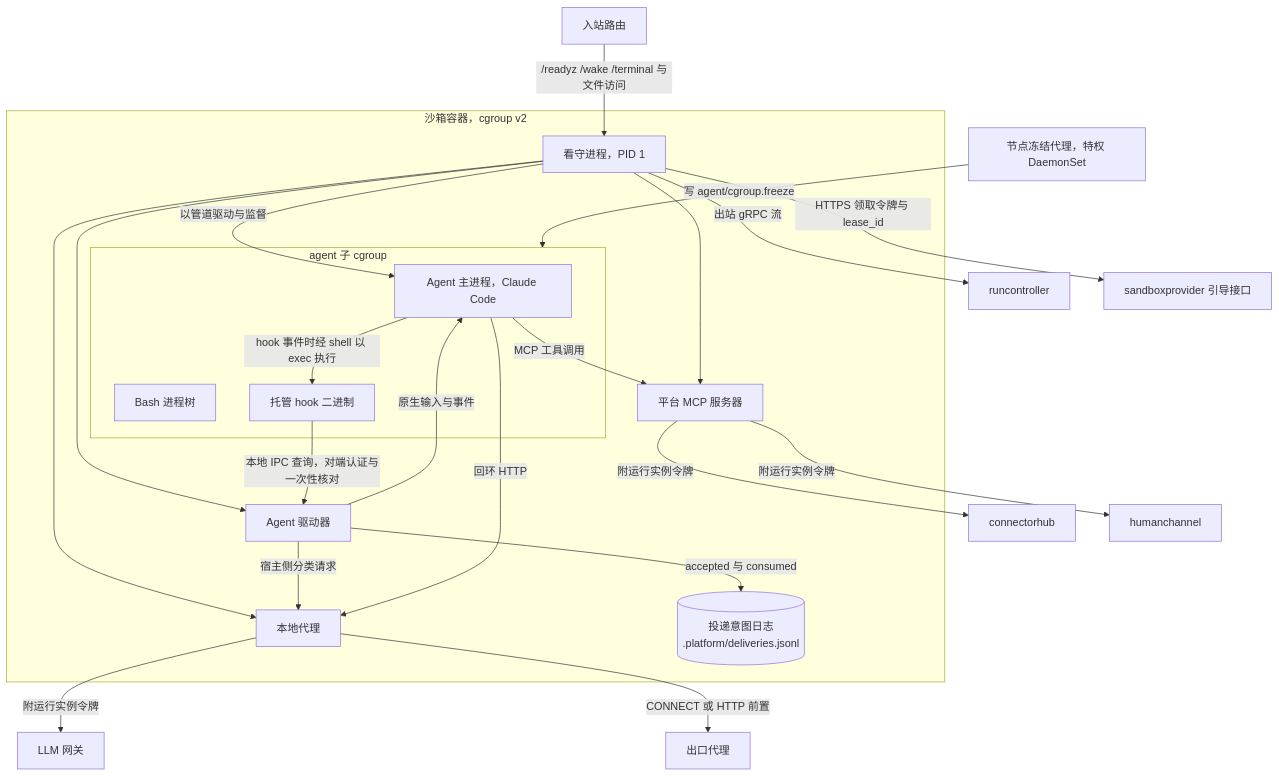
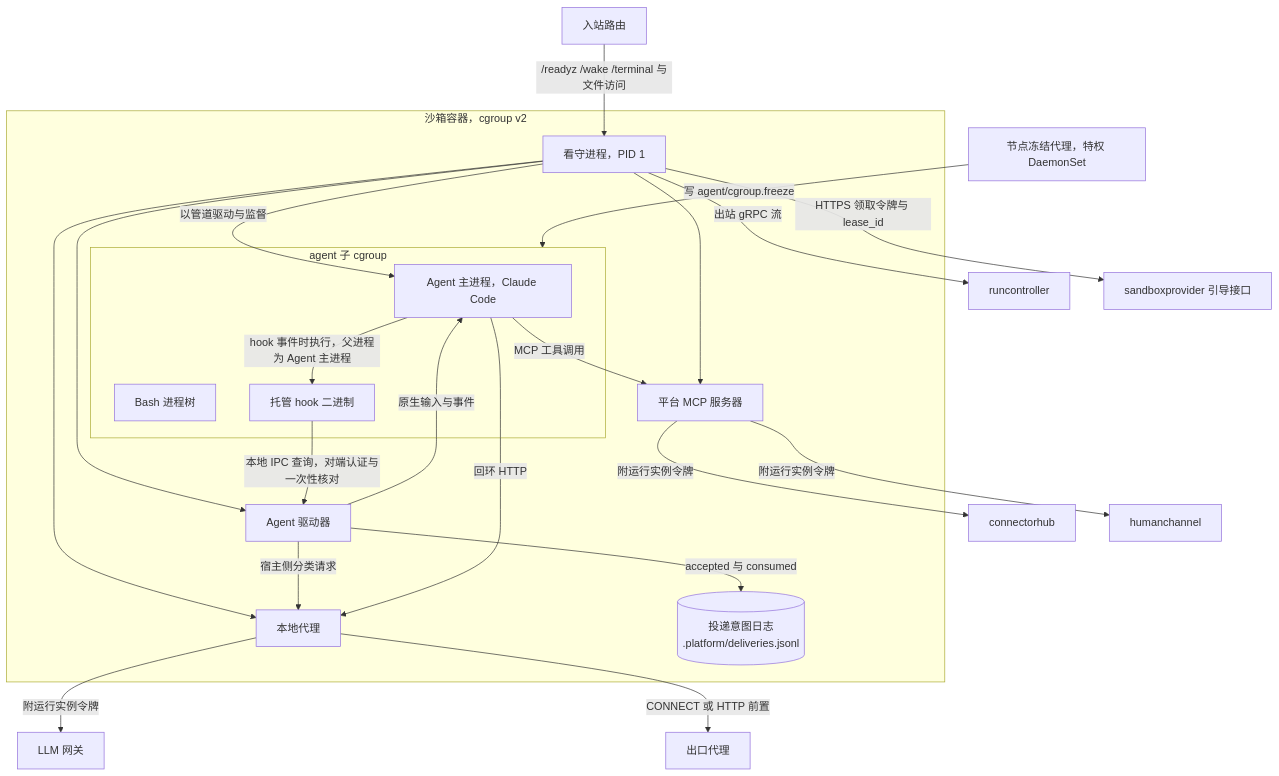
One commit to wangzw/castworks changed the first of 3 diagrams in docs/design/modules/warden/design-warden.md. Above: the diagram before and after it, drawn with Mermaid. The commit also changed other lines of this file and 4 other files, not shown here.

````diff
--- a/docs/design/modules/warden/design-warden.md
+++ b/docs/design/modules/warden/design-warden.md
@@ -210,42 +210,42 @@
 ```mermaid
 flowchart TB
     subgraph sandbox["沙箱容器，cgroup v2"]
         warden["看守进程，PID 1"]
         proxy["本地代理"]
         mcp["平台 MCP 服务器"]
         driver["Agent 驱动器"]
         intent[("投递意图日志<br/>.platform/deliveries.jsonl")]
         subgraph agentcg["agent 子 cgroup"]
             agent["Agent 主进程，Claude Code"]
             bash["Bash 进程树"]
             hook["托管 hook 二进制"]
         end
         warden -->|"以管道驱动与监督"| agent
         warden --> proxy
         warden --> mcp
         warden --> driver
         driver -->|"原生输入与事件"| agent
         driver -->|"accepted 与 consumed"| intent
         driver -->|"宿主侧分类请求"| proxy
         agent -->|"回环 HTTP"| proxy
         agent -->|"MCP 工具调用"| mcp
-        agent -->|"hook 事件时经 shell 以 exec 执行"| hook
+        agent -->|"hook 事件时执行，父进程为 Agent 主进程"| hook
         hook -->|"本地 IPC 查询，对端认证与一次性核对"| driver
     end
     nfa["节点冻结代理，特权 DaemonSet"]
     router["入站路由"]
     rc["runcontroller"]
     gw["LLM 网关"]
     egress["出口代理"]
     hub["connectorhub"]
     hc["humanchannel"]
     boot["sandboxprovider 引导接口"]
     nfa -->|"写 agent/cgroup.freeze"| agentcg
     router -->|"/readyz /wake /terminal 与文件访问"| warden
     warden -->|"HTTPS 领取令牌与 lease_id"| boot
     warden -->|"出站 gRPC 流"| rc
     proxy -->|"附运行实例令牌"| gw
     proxy -->|"CONNECT 或 HTTP 前置"| egress
     mcp -->|"附运行实例令牌"| hub
     mcp -->|"附运行实例令牌"| hc
 ```
````
